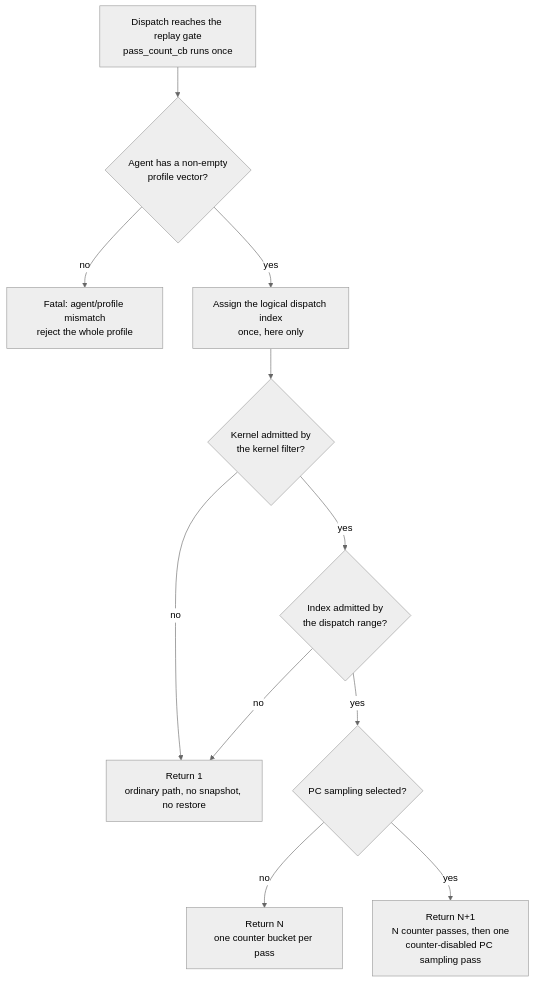
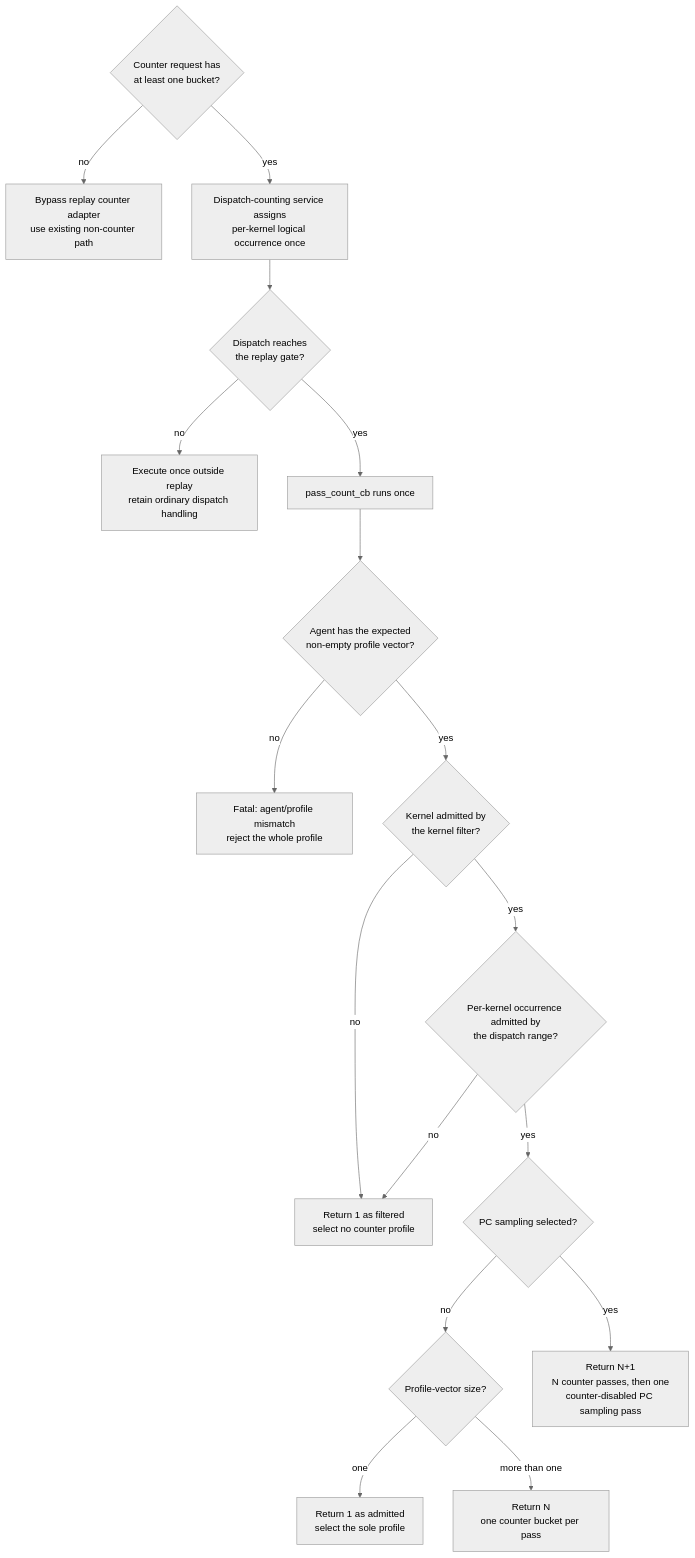
The fourth of 4 diagrams in projects/rocprofiler-compute/docs/design/hld-kernel-replay.md (ROCm/rocm-systems), drawn with Mermaid (neutral theme) before and after one commit. The commit also changed other lines of this file, not shown here.

Commit message:
Clarify kernel replay collection contracts

````diff
--- a/projects/rocprofiler-compute/docs/design/hld-kernel-replay.md
+++ b/projects/rocprofiler-compute/docs/design/hld-kernel-replay.md
@@ -287,23 +298,34 @@
 ```mermaid
 flowchart TD
-    Start["Dispatch reaches the replay gate<br/>pass_count_cb runs once"]
-    Vector{"Agent has a non-empty<br/>profile vector?"}
+    Request{"Counter request has<br/>at least one bucket?"}
+    Zero["Bypass replay counter adapter<br/>use existing non-counter path"]
+    Observe["Dispatch-counting service assigns<br/>per-kernel logical occurrence once"]
+    Gate{"Dispatch reaches<br/>the replay gate?"}
+    Ordinary["Execute once outside replay<br/>retain ordinary dispatch handling"]
+    Start["pass_count_cb runs once"]
+    Vector{"Agent has the expected<br/>non-empty profile vector?"}
     Fatal["Fatal: agent/profile mismatch<br/>reject the whole profile"]
-    Index["Assign the logical dispatch index<br/>once, here only"]
     Kernel{"Kernel admitted by<br/>the kernel filter?"}
-    Range{"Index admitted by<br/>the dispatch range?"}
-    One["Return 1<br/>ordinary path, no snapshot, no restore"]
+    Range{"Per-kernel occurrence admitted by<br/>the dispatch range?"}
+    Filtered["Return 1 as filtered<br/>select no counter profile"]
+    Size{"Profile-vector size?"}
+    Single["Return 1 as admitted<br/>select the sole profile"]
     PC{"PC sampling selected?"}
     N["Return N<br/>one counter bucket per pass"]
     NPlus["Return N+1<br/>N counter passes, then one<br/>counter-disabled PC sampling pass"]
 
-    Start --> Vector
+    Request -- no --> Zero
+    Request -- yes --> Observe --> Gate
+    Gate -- no --> Ordinary
+    Gate -- yes --> Start --> Vector
     Vector -- no --> Fatal
-    Vector -- yes --> Index --> Kernel
-    Kernel -- no --> One
+    Vector -- yes --> Kernel
+    Kernel -- no --> Filtered
     Kernel -- yes --> Range
-    Range -- no --> One
+    Range -- no --> Filtered
     Range -- yes --> PC
-    PC -- no --> N
     PC -- yes --> NPlus
+    PC -- no --> Size
+    Size -- one --> Single
+    Size -- more than one --> N
 ```
````
